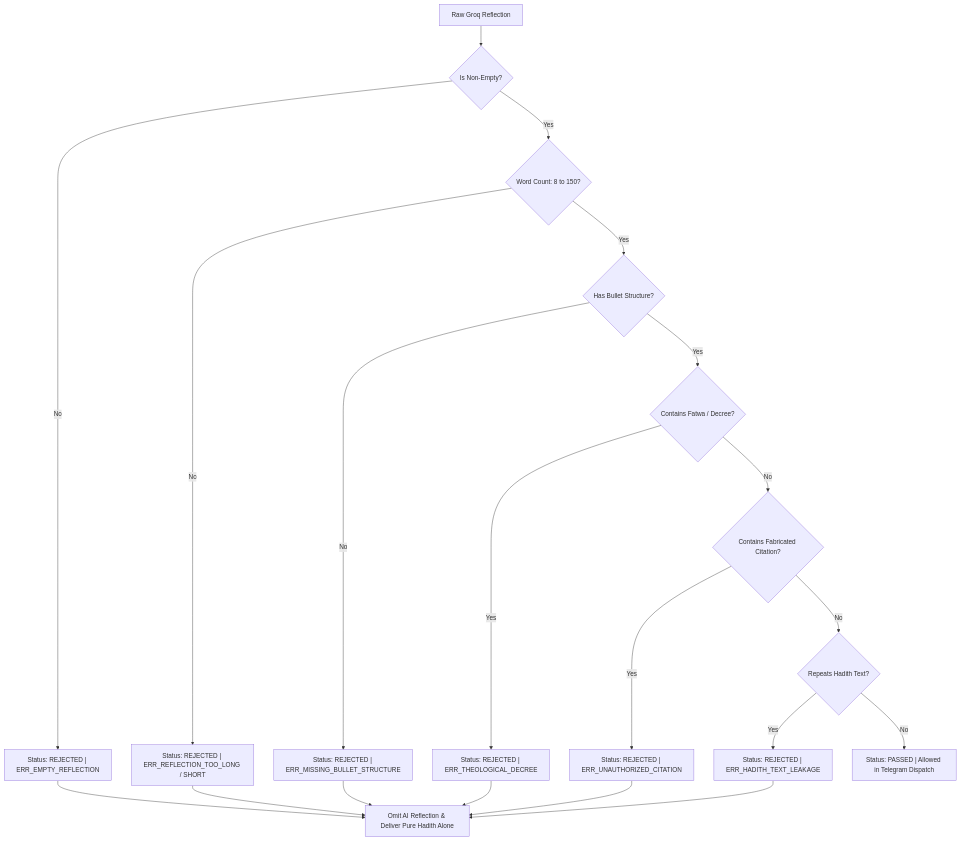
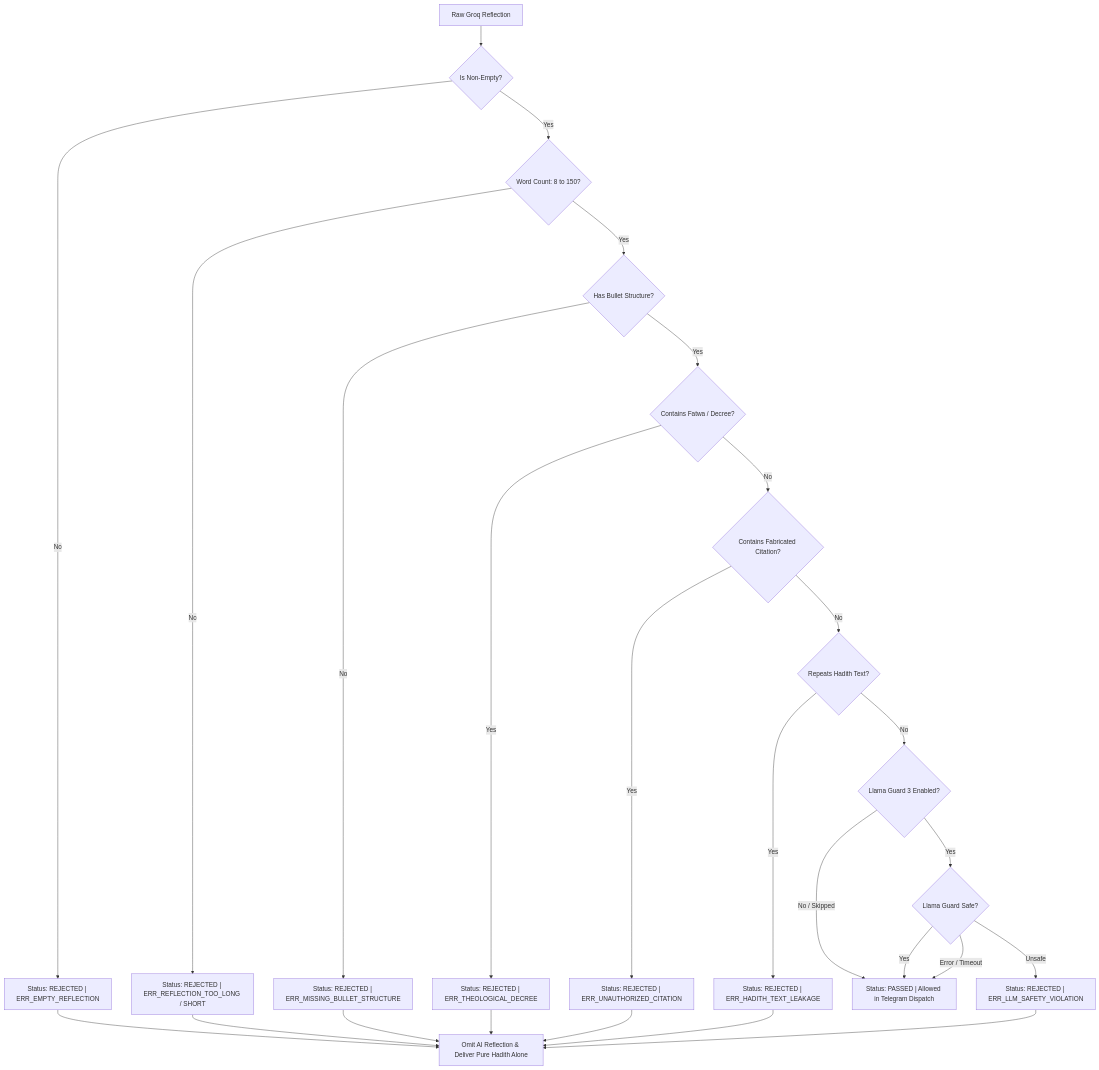
One commit to Amankhan1009/daily-hadith-ai-agent changed the diagram in src/guardrails/README.md. Above: the diagram before and after it, drawn with Mermaid. The commit also changed other lines of this file and 17 other files, not shown here.

````diff
--- a/src/guardrails/README.md
+++ b/src/guardrails/README.md
@@ -19,28 +20,35 @@
 ```mermaid
 flowchart TD
     LLM["Raw Groq Reflection"] --> EmptyCheck{"Is Non-Empty?"}
     EmptyCheck -- No --> RejectEmpty["Status: REJECTED | ERR_EMPTY_REFLECTION"]
     EmptyCheck -- Yes --> WordCheck{"Word Count: 8 to 150?"}
     
     WordCheck -- No --> RejectWord["Status: REJECTED | ERR_REFLECTION_TOO_LONG / SHORT"]
     WordCheck -- Yes --> BulletCheck{"Has Bullet Structure?"}
     
     BulletCheck -- No --> RejectBullet["Status: REJECTED | ERR_MISSING_BULLET_STRUCTURE"]
     BulletCheck -- Yes --> FatwaCheck{"Contains Fatwa / Decree?"}
     
     FatwaCheck -- Yes --> RejectFatwa["Status: REJECTED | ERR_THEOLOGICAL_DECREE"]
     FatwaCheck -- No --> CitationCheck{"Contains Fabricated Citation?"}
     
     CitationCheck -- Yes --> RejectCite["Status: REJECTED | ERR_UNAUTHORIZED_CITATION"]
     CitationCheck -- No --> LeakageCheck{"Repeats Hadith Text?"}
     
     LeakageCheck -- Yes --> RejectLeak["Status: REJECTED | ERR_HADITH_TEXT_LEAKAGE"]
-    LeakageCheck -- No --> Passed["Status: PASSED | Allowed in Telegram Dispatch"]
+    LeakageCheck -- No --> LlamaGuardCheck{"Llama Guard 3 Enabled?"}
+
+    LlamaGuardCheck -- No / Skipped --> Passed["Status: PASSED | Allowed in Telegram Dispatch"]
+    LlamaGuardCheck -- Yes --> MLCheck{"Llama Guard Safe?"}
+    MLCheck -- Yes --> Passed
+    MLCheck -- Unsafe --> RejectML["Status: REJECTED | ERR_LLM_SAFETY_VIOLATION"]
+    MLCheck -- Error / Timeout --> Passed
 
     RejectEmpty --> FailClosed["Omit AI Reflection & Deliver Pure Hadith Alone"]
     RejectWord --> FailClosed
     RejectBullet --> FailClosed
     RejectFatwa --> FailClosed
     RejectCite --> FailClosed
     RejectLeak --> FailClosed
+    RejectML --> FailClosed
 ```
````
